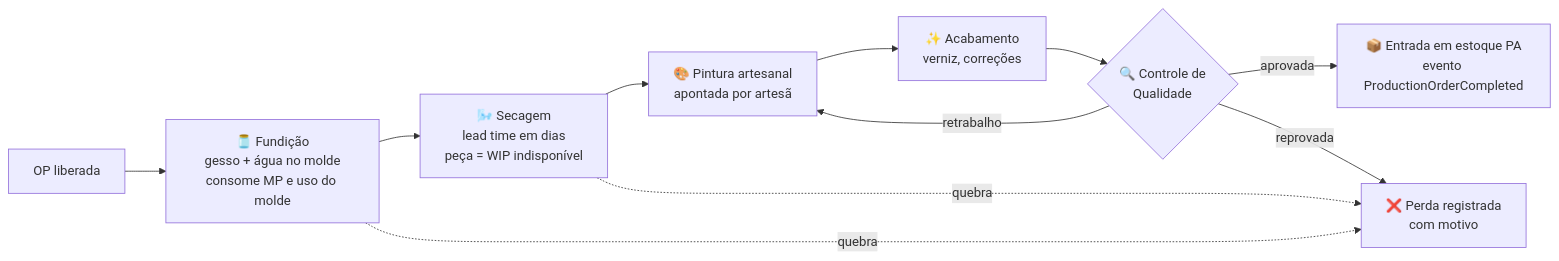
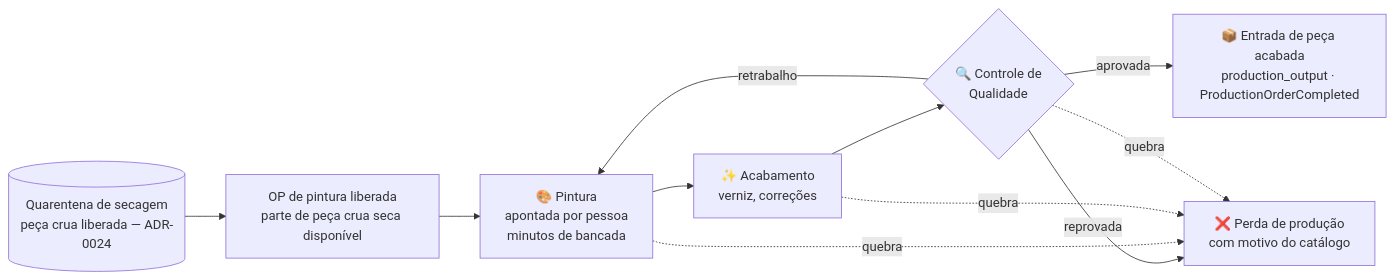
One commit to diegocarlesso/Gestao_Dona_Arteira changed the diagram in docs/08-Producao/README.md. Above: the diagram before and after it, drawn with Mermaid. The commit also changed other lines of this file and 24 other files, not shown here.

````diff
--- a/docs/08-Producao/README.md
+++ b/docs/08-Producao/README.md
@@ -35,13 +58,13 @@
 ```mermaid
 flowchart LR
-    OP[OP liberada] --> F[🫙 Fundição<br/>gesso + água no molde<br/>consome MP e uso do molde]
-    F --> S[🌬️ Secagem<br/>lead time em dias<br/>peça = WIP indisponível]
-    S --> P[🎨 Pintura artesanal<br/>apontada por artesã]
+    Q[(Quarentena de secagem<br/>peça crua liberada — ADR-0024)] --> OP[OP de pintura liberada<br/>parte de peça crua seca disponível]
+    OP --> P[🎨 Pintura<br/>apontada por pessoa<br/>minutos de bancada]
     P --> A[✨ Acabamento<br/>verniz, correções]
-    A --> Q{🔍 Controle de<br/>Qualidade}
-    Q -- aprovada --> E[📦 Entrada em estoque PA<br/>evento ProductionOrderCompleted]
-    Q -- retrabalho --> P
-    Q -- reprovada --> X[❌ Perda registrada<br/>com motivo]
-    F -. quebra .-> X
-    S -. quebra .-> X
+    A --> C{🔍 Controle de<br/>Qualidade}
+    C -- aprovada --> E[📦 Entrada de peça acabada<br/>production_output · ProductionOrderCompleted]
+    C -- retrabalho --> P
+    C -- reprovada --> X[❌ Perda de produção<br/>com motivo do catálogo]
+    P -. quebra .-> X
+    A -. quebra .-> X
+    C -. quebra .-> X
 ```
````
